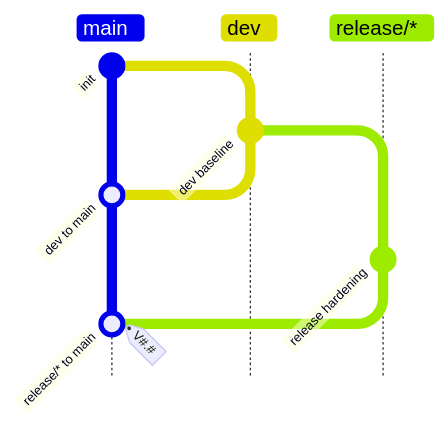
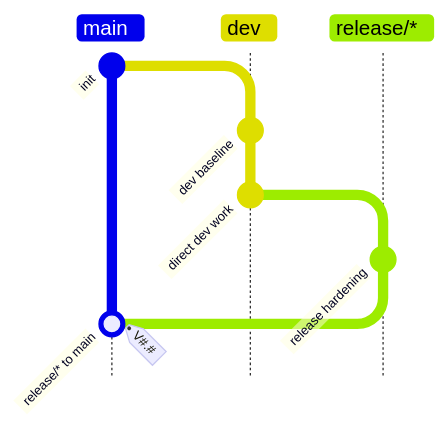
The diagram in configs/dev-release/contribution.md (ylang-ylang/gitguard), drawn with Mermaid before and after one commit. The commit also changed other lines of this file and 8 other files, not shown here.

````diff
--- a/configs/dev-release/contribution.md
+++ b/configs/dev-release/contribution.md
@@ -3,17 +3,15 @@
 ```mermaid
 gitGraph TB:
     commit id:"init"
     branch dev
     checkout dev
     commit id:"dev baseline"
-    checkout main
-    merge dev id:"dev to main"
+    commit id:"direct dev work"
 
     %% Release from dev to main
-    checkout dev
     branch "release/*"
     checkout "release/*"
     commit id:"release hardening"
     checkout main
     merge "release/*" id:"release/* to main" tag:"V#.#"
 ```
````
